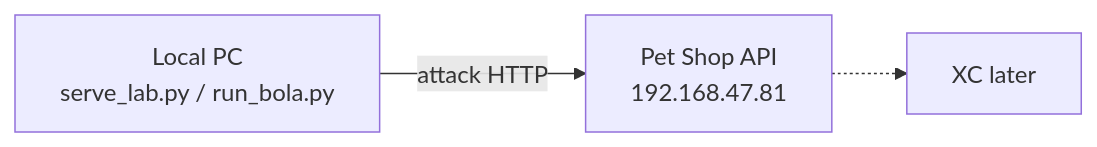
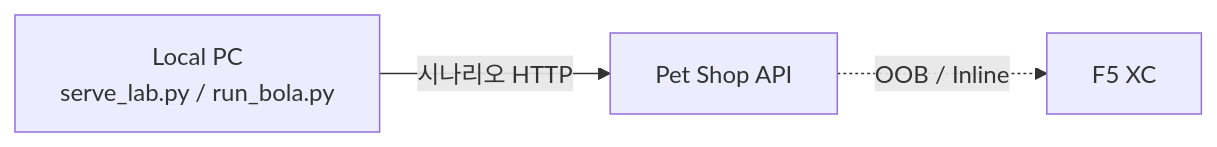
Before and after one commit to mink0119/XC-PoC: the diagram in docs/SCENARIOS.md, drawn with Mermaid. The commit also changed other lines of this file and 8 other files, not shown here.

````diff
--- a/docs/SCENARIOS.md
+++ b/docs/SCENARIOS.md
@@ -7,8 +8,8 @@
 ```mermaid
 flowchart LR
   local["Local PC\nserve_lab.py / run_bola.py"]
-  api["Pet Shop API\n192.168.47.81"]
-  xc["XC later"]
-  local -->|"attack HTTP"| api
-  api -.-> xc
+  api["Pet Shop API"]
+  xc["F5 XC"]
+  local -->|"시나리오 HTTP"| api
+  api -.->|"OOB / Inline"| xc
 ```
````
